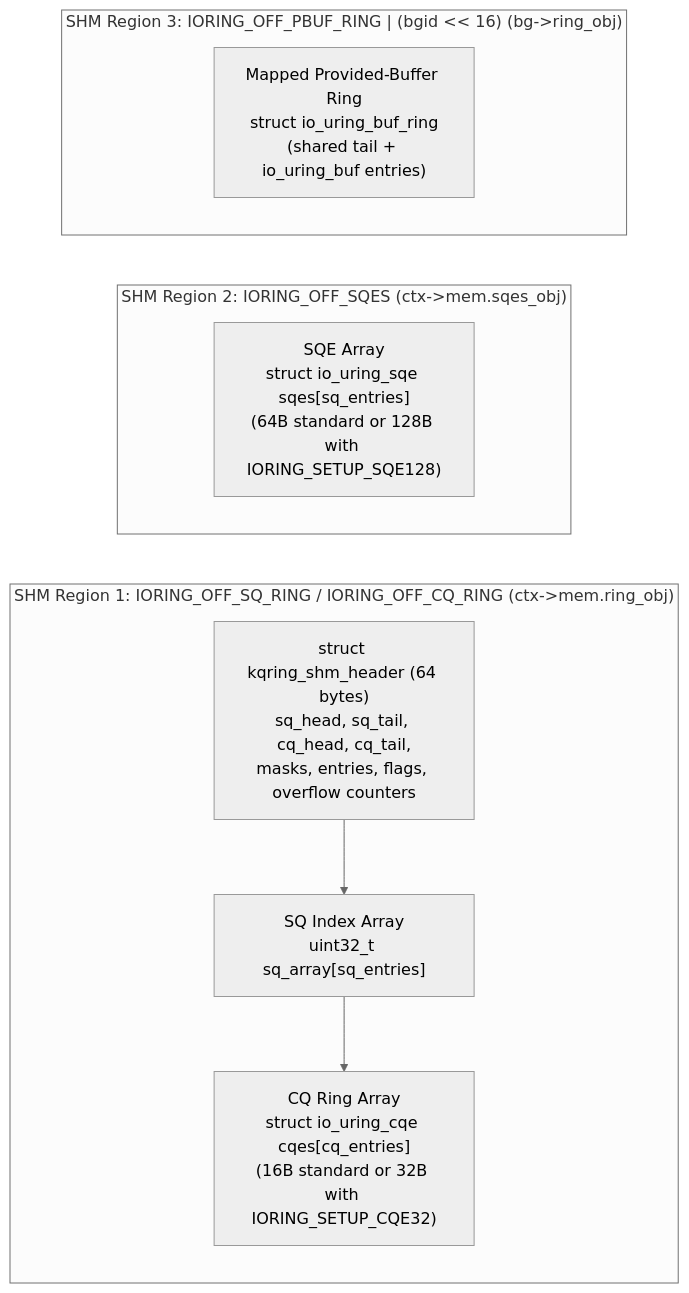
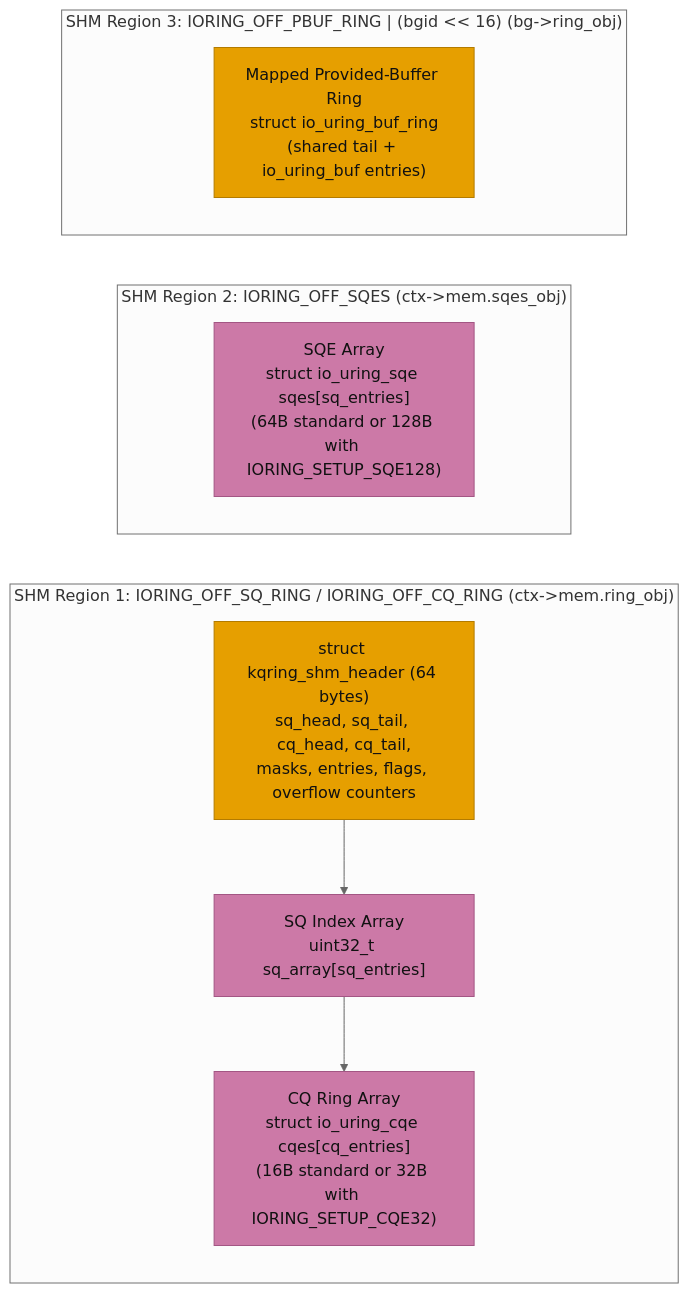
Before and after one commit to grepjava/kqring: the second of 15 diagrams in ARCHITECTURE.MD, drawn with Mermaid (neutral theme). The commit also changed other lines of this file and 1 other file, not shown here.

First line of the commit message:
Docs: color the diagrams by role

````diff
--- a/ARCHITECTURE.MD
+++ b/ARCHITECTURE.MD
@@ -102,18 +115,23 @@
 ```mermaid
 flowchart LR
     subgraph SHM1["SHM Region 1: IORING_OFF_SQ_RING / IORING_OFF_CQ_RING (ctx->mem.ring_obj)"]
         direction TB
         H1["struct kqring_shm_header (64 bytes)<br/>sq_head, sq_tail, cq_head, cq_tail,<br/>masks, entries, flags, overflow counters"]
         SQA["SQ Index Array<br/>uint32_t sq_array[sq_entries]"]
         CQA["CQ Ring Array<br/>struct io_uring_cqe cqes[cq_entries]<br/>(16B standard or 32B with IORING_SETUP_CQE32)"]
         H1 --> SQA --> CQA
     end
 
     subgraph SHM2["SHM Region 2: IORING_OFF_SQES (ctx->mem.sqes_obj)"]
         SQES["SQE Array<br/>struct io_uring_sqe sqes[sq_entries]<br/>(64B standard or 128B with IORING_SETUP_SQE128)"]
     end
 
     subgraph SHM3["SHM Region 3: IORING_OFF_PBUF_RING | (bgid << 16) (bg->ring_obj)"]
         PBUF["Mapped Provided-Buffer Ring<br/>struct io_uring_buf_ring<br/>(shared tail + io_uring_buf entries)"]
     end
+
+    classDef mem fill:#e69f00,stroke:#b37b00,color:#111111
+    classDef queue fill:#cc79a7,stroke:#a35684,color:#111111
+    class H1,PBUF mem
+    class SQA,CQA,SQES queue
 ```
````
